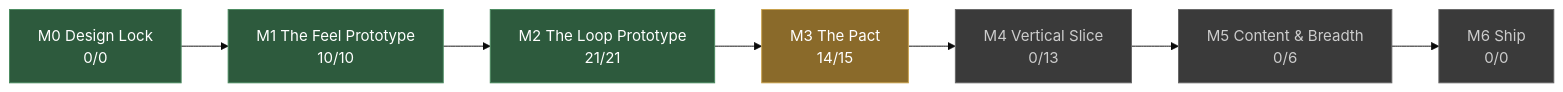
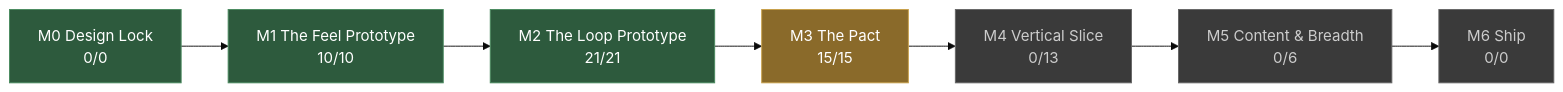
One commit to JoshuaGessner/she changed the diagram in docs/STATUS.md. Above: the diagram before and after it, drawn with Mermaid (base theme). The commit also changed other lines of this file and 9 other files, not shown here.

````diff
--- a/docs/STATUS.md
+++ b/docs/STATUS.md
@@ -13,19 +13,19 @@
 ```mermaid
 flowchart LR
   M0["M0 Design Lock<br/>0/0"]:::passed
   M1["M1 The Feel Prototype<br/>10/10"]:::passed
   M0 --> M1
   M2["M2 The Loop Prototype<br/>21/21"]:::passed
   M1 --> M2
-  M3["M3 The Pact<br/>14/15"]:::current
+  M3["M3 The Pact<br/>15/15"]:::current
   M2 --> M3
   M4["M4 Vertical Slice<br/>0/13"]:::ahead
   M3 --> M4
   M5["M5 Content & Breadth<br/>0/6"]:::ahead
   M4 --> M5
   M6["M6 Ship<br/>0/0"]:::ahead
   M5 --> M6
   classDef passed fill:#2d5a3d,stroke:#4a8a5f,color:#fff
   classDef current fill:#8a6a2a,stroke:#c8a04a,color:#fff
   classDef ahead fill:#3a3a3a,stroke:#666,color:#ccc
 ```
````
